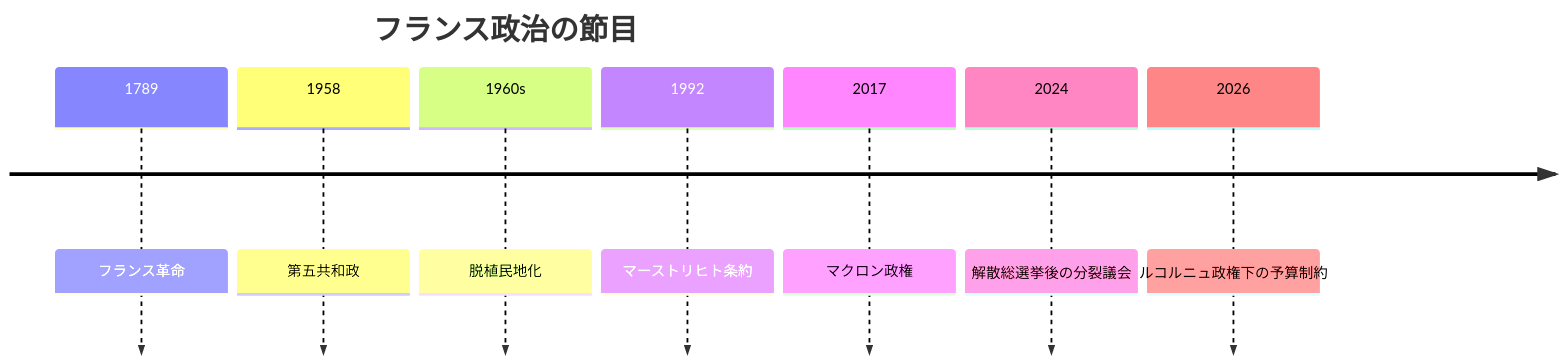
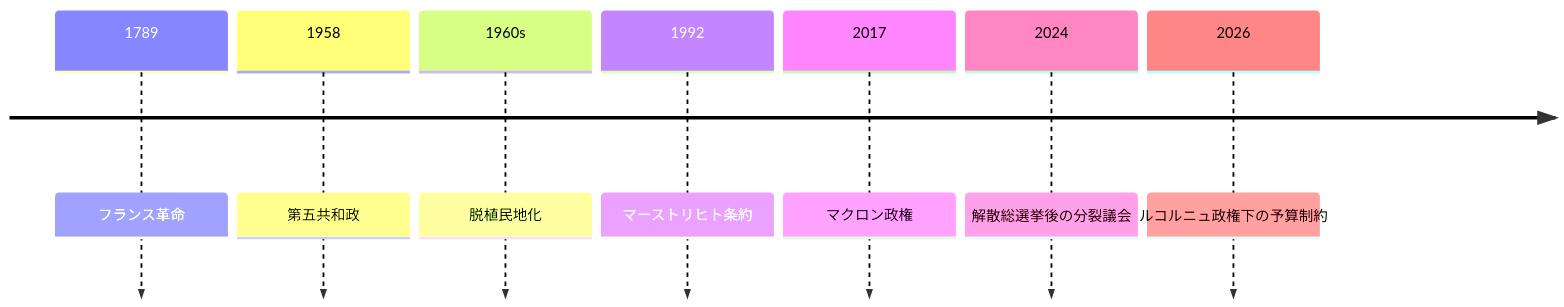
The second of 2 diagrams in articles/report/france-geopolitical-profile/ja/index.mdx (daylight55/research), drawn with Mermaid before and after one commit. The commit also changed other lines of this file and 181 other files, not shown here.

First line of the commit message:
全記事の図解368点を再生成し、共通注意書きを削除 (#402)

````diff
--- a/articles/report/france-geopolitical-profile/ja/index.mdx
+++ b/articles/report/france-geopolitical-profile/ja/index.mdx
@@ -44,11 +51,14 @@
 ```mermaid
 timeline
-  title フランス政治の節目
+  accTitle: フランスの制度形成から分裂議会まで
+  accDescr: 革命、第五共和政、脱植民地化、欧州統合、近年の議会構成を時系列で示す。
+  accTitle: フランスの制度形成から分裂議会まで
+  accDescr: 革命、第五共和政、脱植民地化、欧州統合、近年の議会構成を時系列で示す。
   1789 : フランス革命
   1958 : 第五共和政
   1960s : 脱植民地化
   1992 : マーストリヒト条約
   2017 : マクロン政権
   2024 : 解散総選挙後の分裂議会
   2026 : ルコルニュ政権下の予算制約
 ```
````
